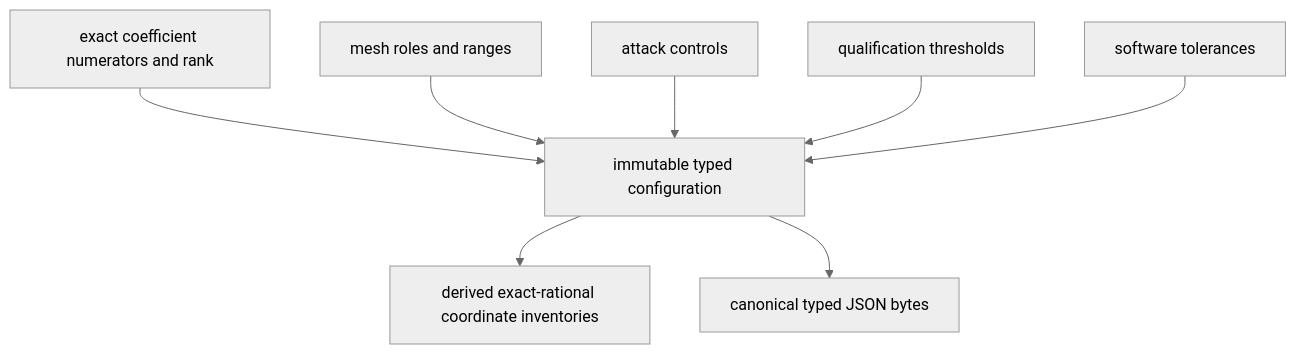
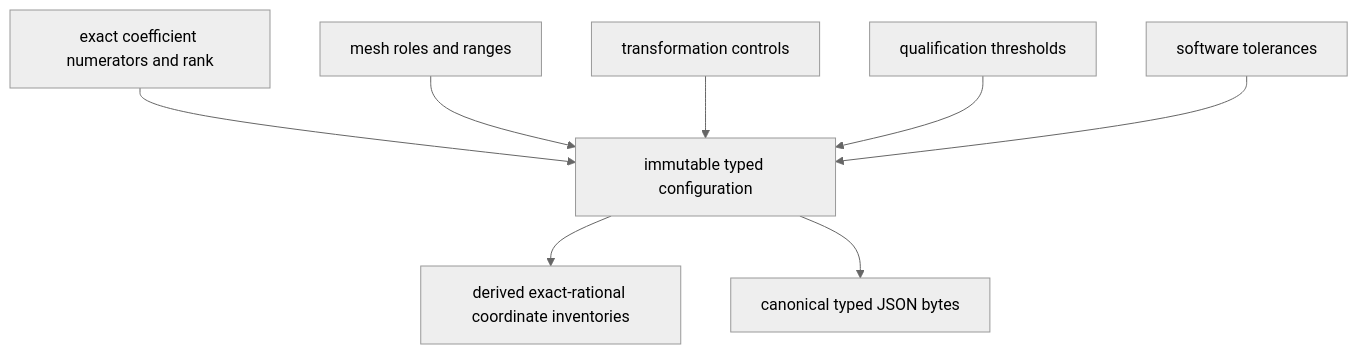
Before and after one commit to eragasa/ksdft2effmass: the diagram in docs/architecture/v3/ksdft2effmass/periodic1d/rank2/band_alignment/configuration/schematics.md, drawn with Mermaid (neutral theme). The commit also changed 83 other files, not shown here.

````diff
--- a/docs/architecture/v3/ksdft2effmass/periodic1d/rank2/band_alignment/configuration/schematics.md
+++ b/docs/architecture/v3/ksdft2effmass/periodic1d/rank2/band_alignment/configuration/schematics.md
@@ -3,10 +3,10 @@
 ```mermaid
 flowchart TD
     P[exact coefficient numerators and rank] --> C[immutable typed configuration]
     M[mesh roles and ranges] --> C
-    A[attack controls] --> C
+    A[transformation controls] --> C
     Q[qualification thresholds] --> C
     S[software tolerances] --> C
     C --> D[derived exact-rational coordinate inventories]
     C --> J[canonical typed JSON bytes]
 ```
````
